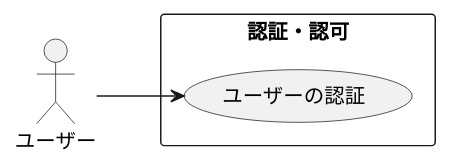
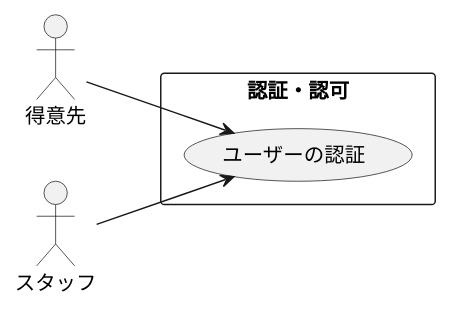
One commit to k2works/application_programing_excercise_2022 changed diagram 40 of 44 in docs/index.adoc. Above: the diagram before and after it, drawn with PlantUML. The commit also changed other lines of this file, not shown here.

```diff
--- a/docs/index.adoc
+++ b/docs/index.adoc
@@ -1256,11 +1264,13 @@
 [plantuml]
 ----
 @startuml
 left to right direction
-actor "ユーザー" as user
+actor "得意先" as customer
+actor "スタッフ" as staff
 rectangle 認証・認可 {
   usecase "ユーザーの認証" as UC1
 }
-user --> UC1
+customer --> UC1
+staff --> UC1
 @enduml
 ----
```
